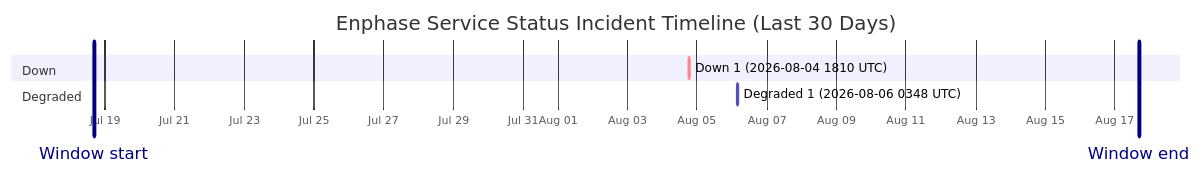
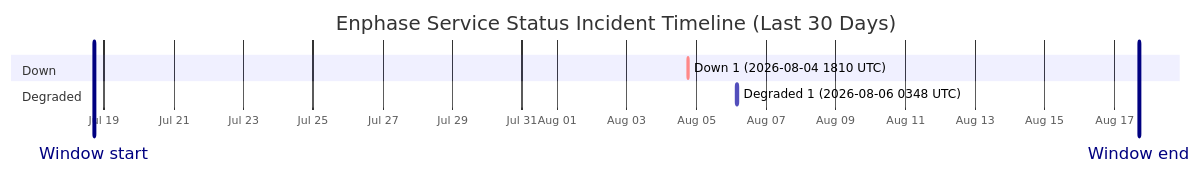
One commit to barneyonline/ha-enphase-energy changed the diagram in wiki/Service-Status-History.md. Above: the diagram before and after it, drawn with Mermaid. The commit also changed other lines of this file and 3 other files, not shown here.

````diff
--- a/wiki/Service-Status-History.md
+++ b/wiki/Service-Status-History.md
@@ -14,12 +14,12 @@
 ```mermaid
 gantt
     title Enphase Service Status Incident Timeline (Last 30 Days)
     dateFormat  YYYY-MM-DDTHH:mm:ss
     axisFormat  %b %d
-    Window start :vert, window-start, 2026-07-18T16:24:32, 0ms
-    Window end :vert, window-end, 2026-08-17T16:24:32, 0ms
+    Window start :vert, window-start, 2026-07-18T16:54:47, 0ms
+    Window end :vert, window-end, 2026-08-17T16:54:47, 0ms
     section Down
     Down 1 (2026-08-04 1810 UTC) :crit, down-1, 2026-08-04T18:10:46, 60m
     section Degraded
     Degraded 1 (2026-08-06 0348 UTC) :active, degraded-1, 2026-08-06T03:48:14, 60m
 ```
````
